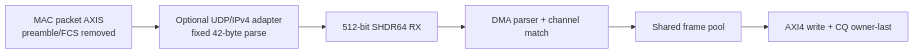
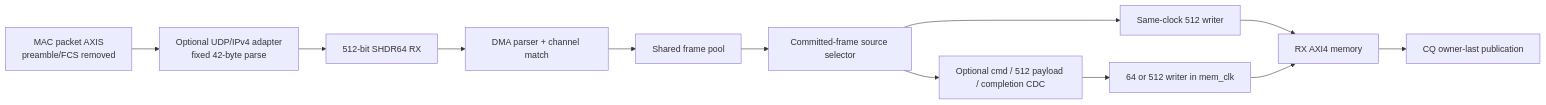
Before and after one commit to ichigo-6301/slvc-dma-open: the diagram in docs/en/architecture.md, drawn with Mermaid. The commit also changed other lines of this file and 35 other files, not shown here.

Commit message:
docs: bind RX payload CDC profile evidence

````diff
--- a/docs/en/architecture.md
+++ b/docs/en/architecture.md
@@ -30,8 +31,14 @@
 ```mermaid
 flowchart LR
     MAC["MAC packet AXIS<br/>preamble/FCS removed"] --> UDP["Optional UDP/IPv4 adapter<br/>fixed 42-byte parse"]
     UDP --> SHDR["512-bit SHDR64 RX"]
     SHDR --> PARSER["DMA parser + channel match"]
     PARSER --> POOL["Shared frame pool"]
-    POOL --> DDR["AXI4 write + CQ owner-last"]
+    POOL --> SEL["Committed-frame source selector"]
+    SEL --> DIRECT["Same-clock 512 writer"]
+    SEL --> CDC["Optional cmd / 512 payload / completion CDC"]
+    CDC --> MEM["64 or 512 writer in mem_clk"]
+    DIRECT --> DDR["RX AXI4 memory"]
+    MEM --> DDR
+    DDR --> CQ["CQ owner-last publication"]
 ```
````
